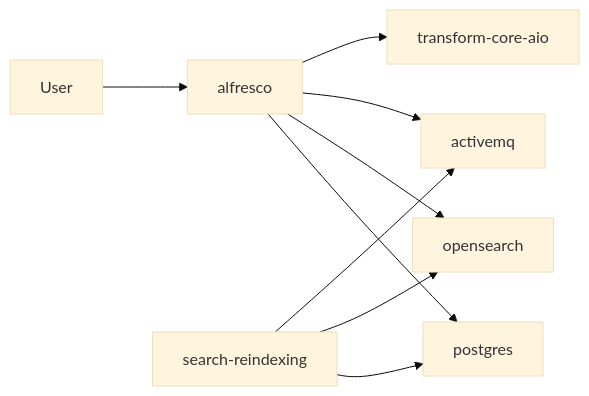
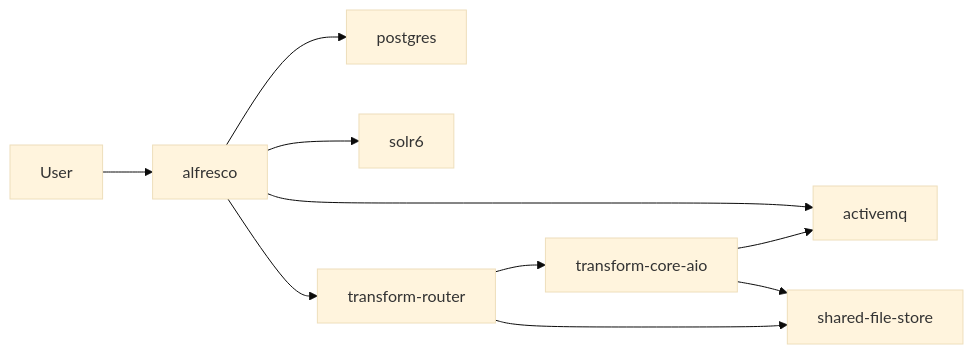
Before and after one commit to aborroy/alfresco-onprem-to-cloud-lab: the fourth of 12 diagrams in README.md, drawn with Mermaid (base theme). The commit also changed other lines of this file and 3 other files, not shown here.

````diff
--- a/README.md
+++ b/README.md
@@ -216,11 +192,12 @@
 ```mermaid
 flowchart LR
   user["User"] --> repo["alfresco"]
   repo --> db["postgres"]
-  repo --> os["opensearch"]
+  repo --> solr["solr6"]
   repo --> mq["activemq"]
-  repo --> aio["transform-core-aio"]
-  reidx["search-reindexing"] --> db
-  reidx --> os
-  reidx --> mq
+  repo --> tr["transform-router"]
+  tr --> aio["transform-core-aio"]
+  tr --> sfs["shared-file-store"]
+  aio --> mq
+  aio --> sfs
 ```
````
